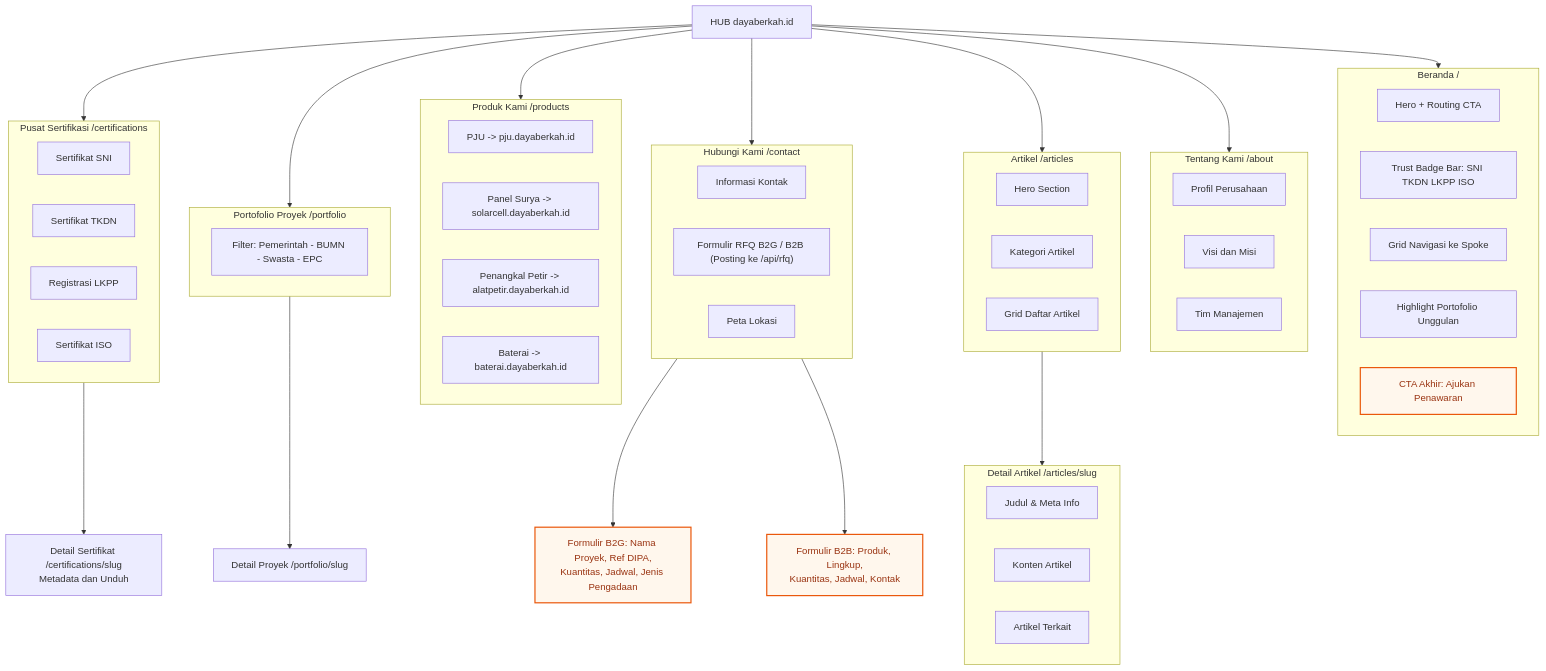
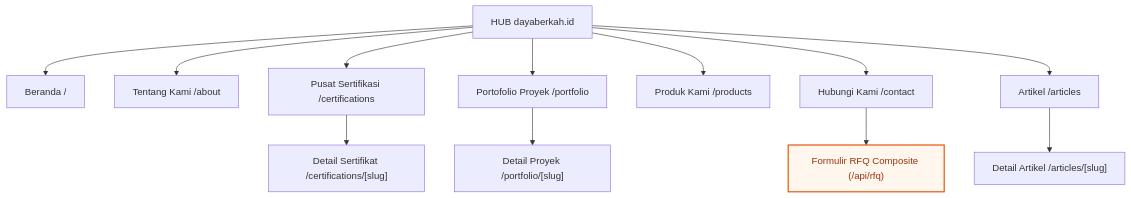
The diagram in docs/system/architecture/information-architecture/sitemaps.md (pxrzival404/arostech-hub), drawn with Mermaid before and after one commit. The commit also changed other lines of this file and 72 other files, not shown here.

Commit message:
docs(refactor): complete Phase 0 HLA architecture cascade and 7-Pillars standardisation

````diff
--- a/docs/system/architecture/information-architecture/sitemaps.md
+++ b/docs/system/architecture/information-architecture/sitemaps.md
@@ -14,69 +31,24 @@
 ```mermaid
 ---
 config:
   layout: dagre
 ---
 flowchart TB
     classDef entry fill:#fef3c7,stroke:#d97706,stroke-width:2px,color:#92400e
     classDef conversion fill:#fff7ed,stroke:#ea580c,stroke-width:2px,color:#9a3412
 
- subgraph HOME["Beranda /"]
-    direction LR
-        H1["Hero + Routing CTA"]
-        H2["Trust Badge Bar: SNI TKDN LKPP ISO"]
-        H3["Grid Navigasi ke Spoke"]
-        H4["Highlight Portofolio Unggulan"]
-        H5["CTA Akhir: Ajukan Penawaran"]
-  end
- subgraph ABOUT["Tentang Kami /about"]
-    direction LR
-        A1["Profil Perusahaan"]
-        A2["Visi dan Misi"]
-        A3["Tim Manajemen"]
-  end
- subgraph CERT["Pusat Sertifikasi /certifications"]
-    direction LR
-        C1["Sertifikat SNI"]
-        C2["Sertifikat TKDN"]
-        C3["Registrasi LKPP"]
-        C4["Sertifikat ISO"]
-  end
- subgraph PORT["Portofolio Proyek /portfolio"]
-    direction LR
-        PF["Filter: Pemerintah - BUMN - Swasta - EPC"]
-  end
- subgraph PROD["Produk Kami /products"]
-    direction LR
-        PR1["PJU -> pju.dayaberkah.id"]
-        PR2["Panel Surya -> solarcell.dayaberkah.id"]
-        PR3["Penangkal Petir -> alatpetir.dayaberkah.id"]
-        PR4["Baterai -> baterai.dayaberkah.id"]
-  end
- subgraph CONTACT["Hubungi Kami /contact"]
-    direction LR
-        CT1["Informasi Kontak"]
-        CT2["Formulir RFQ B2G / B2B (Posting ke /api/rfq)"]
-        CT3["Peta Lokasi"]
-  end
- subgraph ART["Artikel /articles"]
-    direction LR
-        ART1["Hero Section"]
-        ART2["Kategori Artikel"]
-        ART3["Grid Daftar Artikel"]
-  end
- subgraph ART_DETAIL["Detail Artikel /articles/slug"]
-    direction LR
-        AD1["Judul & Meta Info"]
-        AD2["Konten Artikel"]
-        AD3["Artikel Terkait"]
-  end
-    HUB["HUB dayaberkah.id"] --> HOME & ABOUT & CERT & PORT & PROD & CONTACT & ART
-    CERT --> CD["Detail Sertifikat /certifications/slug\nMetadata dan Unduh"]
-    CONTACT --> RG["Formulir B2G: Nama Proyek, Ref DIPA,\nKuantitas, Jadwal, Jenis Pengadaan"]
-    CONTACT --> RB["Formulir B2B: Produk, Lingkup,\nKuantitas, Jadwal, Kontak"]
-    PORT --> PD["Detail Proyek /portfolio/slug"]
-    ART --> ART_DETAIL
-    class H5 conversion
-    class RG conversion
-    class RB conversion
+    HUB["HUB dayaberkah.id"] --> HOME["Beranda /"]
+    HUB --> ABOUT["Tentang Kami /about"]
+    HUB --> CERT["Pusat Sertifikasi /certifications"]
+    HUB --> PORT["Portofolio Proyek /portfolio"]
+    HUB --> PROD["Produk Kami /products"]
+    HUB --> CONTACT["Hubungi Kami /contact"]
+    HUB --> ART["Artikel /articles"]
+
+    CERT --> CD["Detail Sertifikat /certifications/[slug]"]
+    PORT --> PD["Detail Proyek /portfolio/[slug]"]
+    ART --> AD["Detail Artikel /articles/[slug]"]
+    CONTACT --> RFQ["Formulir RFQ Composite (/api/rfq)"]
+
+    class RFQ conversion
 ```
````
